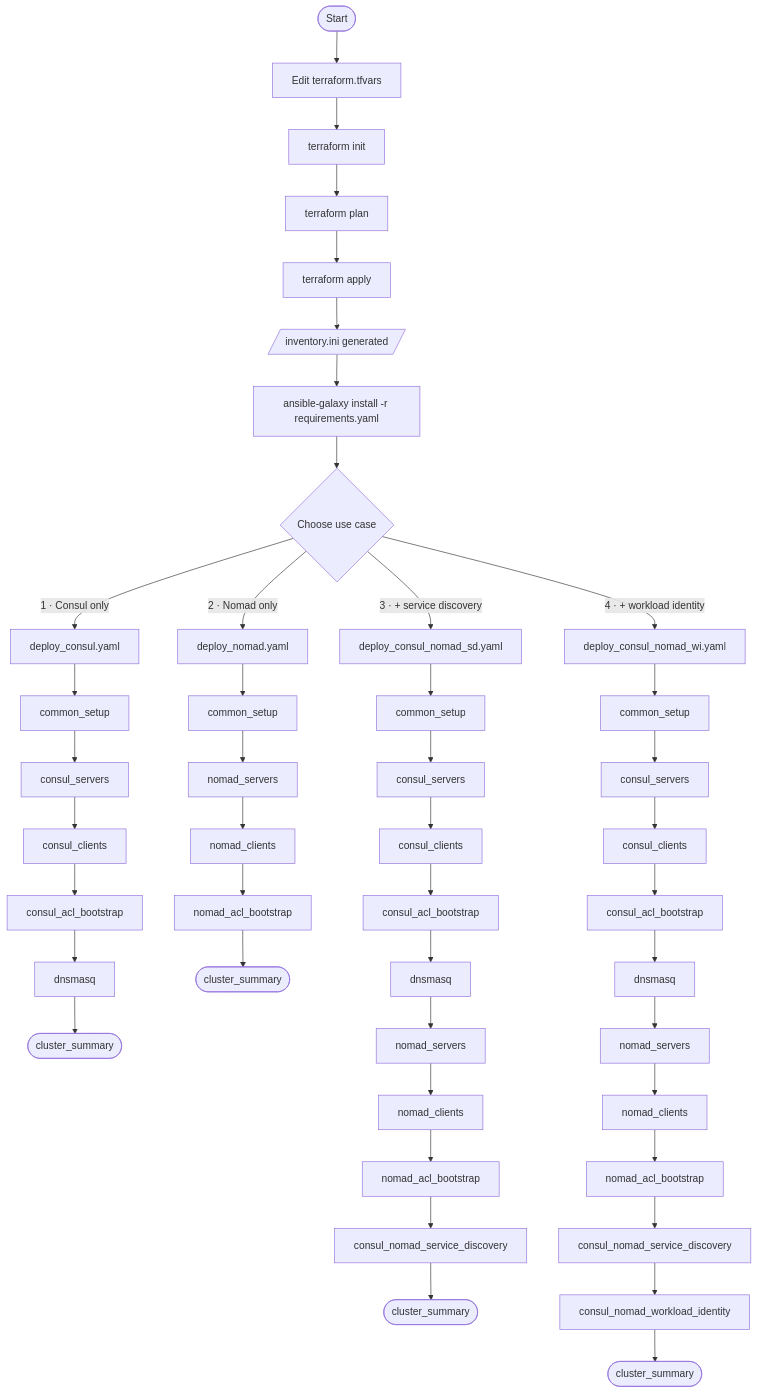
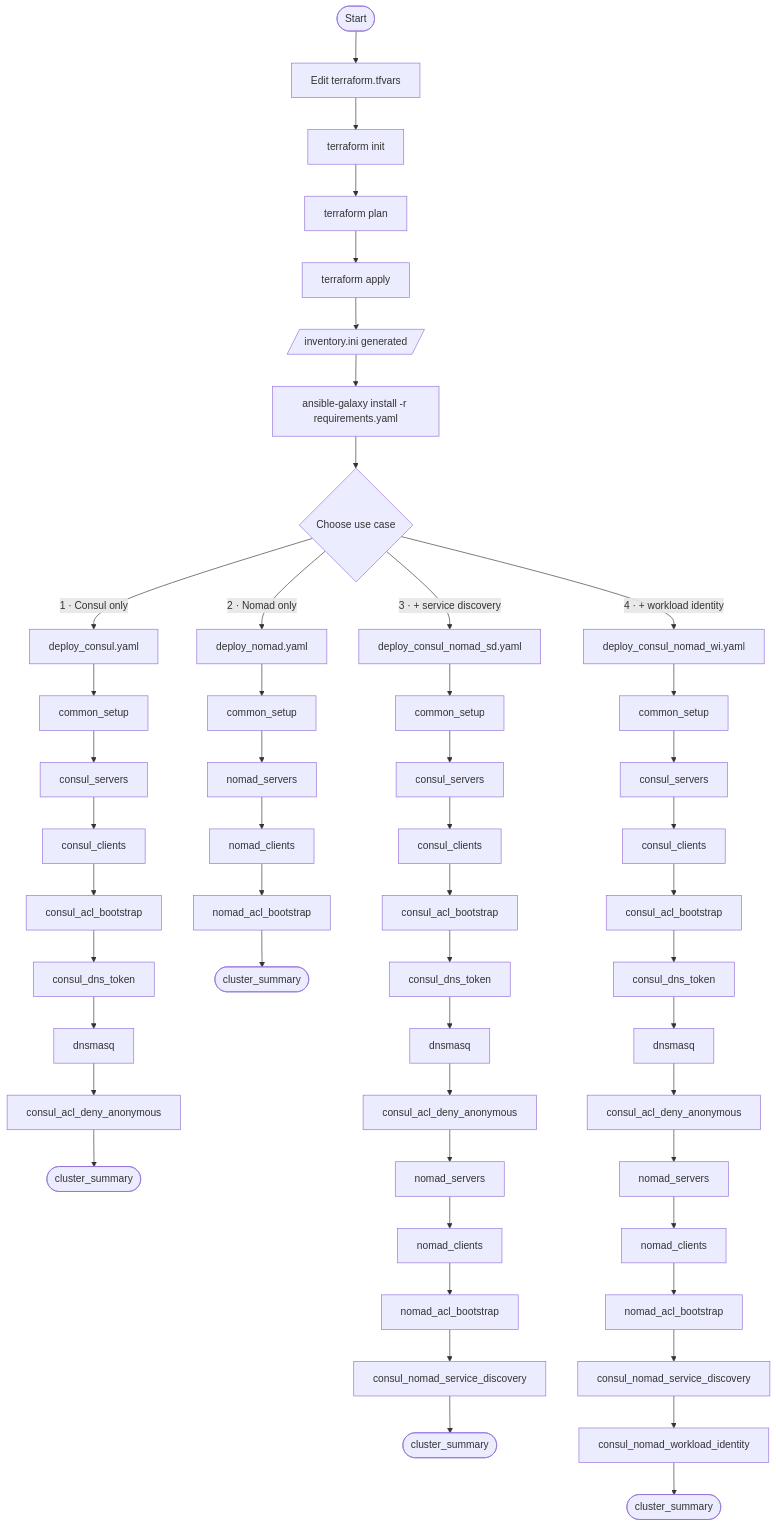
The diagram in DEPLOY_CLUSTER_GUIDE.md (hashicorp-education/nomad-infrastructure), drawn with Mermaid before and after one commit. The commit also changed other lines of this file and 7 other files, not shown here.

````diff
--- a/DEPLOY_CLUSTER_GUIDE.md
+++ b/DEPLOY_CLUSTER_GUIDE.md
@@ -12,51 +12,57 @@
 ```mermaid
 flowchart TD
     START([Start]) --> TF1[Edit terraform.tfvars]
     TF1 --> TF2[terraform init]
     TF2 --> TF3[terraform plan]
     TF3 --> TF4[terraform apply]
     TF4 --> INV[/inventory.ini generated/]
     INV --> DEPS[ansible-galaxy install -r requirements.yaml]
     DEPS --> PICK{Choose use case}
 
     PICK -->|"1 · Consul only"| UC1[deploy_consul.yaml]
     PICK -->|"2 · Nomad only"| UC2[deploy_nomad.yaml]
     PICK -->|"3 · + service discovery"| UC3[deploy_consul_nomad_sd.yaml]
     PICK -->|"4 · + workload identity"| UC4[deploy_consul_nomad_wi.yaml]
 
     UC1 --> P1A[common_setup]
     P1A --> P1B[consul_servers]
     P1B --> P1C[consul_clients]
     P1C --> P1D[consul_acl_bootstrap]
-    P1D --> P1E[dnsmasq]
-    P1E --> P1Z([cluster_summary])
+    P1D --> P1E[consul_dns_token]
+    P1E --> P1F[dnsmasq]
+    P1F --> P1G[consul_acl_deny_anonymous]
+    P1G --> P1Z([cluster_summary])
 
     UC2 --> P2A[common_setup]
     P2A --> P2B[nomad_servers]
     P2B --> P2C[nomad_clients]
     P2C --> P2D[nomad_acl_bootstrap]
     P2D --> P2Z([cluster_summary])
 
     UC3 --> P3A[common_setup]
     P3A --> P3B[consul_servers]
     P3B --> P3C[consul_clients]
     P3C --> P3D[consul_acl_bootstrap]
-    P3D --> P3E[dnsmasq]
-    P3E --> P3F[nomad_servers]
-    P3F --> P3G[nomad_clients]
-    P3G --> P3H[nomad_acl_bootstrap]
-    P3H --> P3I[consul_nomad_service_discovery]
-    P3I --> P3Z([cluster_summary])
+    P3D --> P3E[consul_dns_token]
+    P3E --> P3F[dnsmasq]
+    P3F --> P3G[consul_acl_deny_anonymous]
+    P3G --> P3H[nomad_servers]
+    P3H --> P3I[nomad_clients]
+    P3I --> P3J[nomad_acl_bootstrap]
+    P3J --> P3K[consul_nomad_service_discovery]
+    P3K --> P3Z([cluster_summary])
 
     UC4 --> P4A[common_setup]
     P4A --> P4B[consul_servers]
     P4B --> P4C[consul_clients]
     P4C --> P4D[consul_acl_bootstrap]
-    P4D --> P4E[dnsmasq]
-    P4E --> P4F[nomad_servers]
-    P4F --> P4G[nomad_clients]
-    P4G --> P4H[nomad_acl_bootstrap]
-    P4H --> P4I[consul_nomad_service_discovery]
-    P4I --> P4J[consul_nomad_workload_identity]
-    P4J --> P4Z([cluster_summary])
+    P4D --> P4E[consul_dns_token]
+    P4E --> P4F[dnsmasq]
+    P4F --> P4G[consul_acl_deny_anonymous]
+    P4G --> P4H[nomad_servers]
+    P4H --> P4I[nomad_clients]
+    P4I --> P4J[nomad_acl_bootstrap]
+    P4J --> P4K[consul_nomad_service_discovery]
+    P4K --> P4L[consul_nomad_workload_identity]
+    P4L --> P4Z([cluster_summary])
 ```
````
